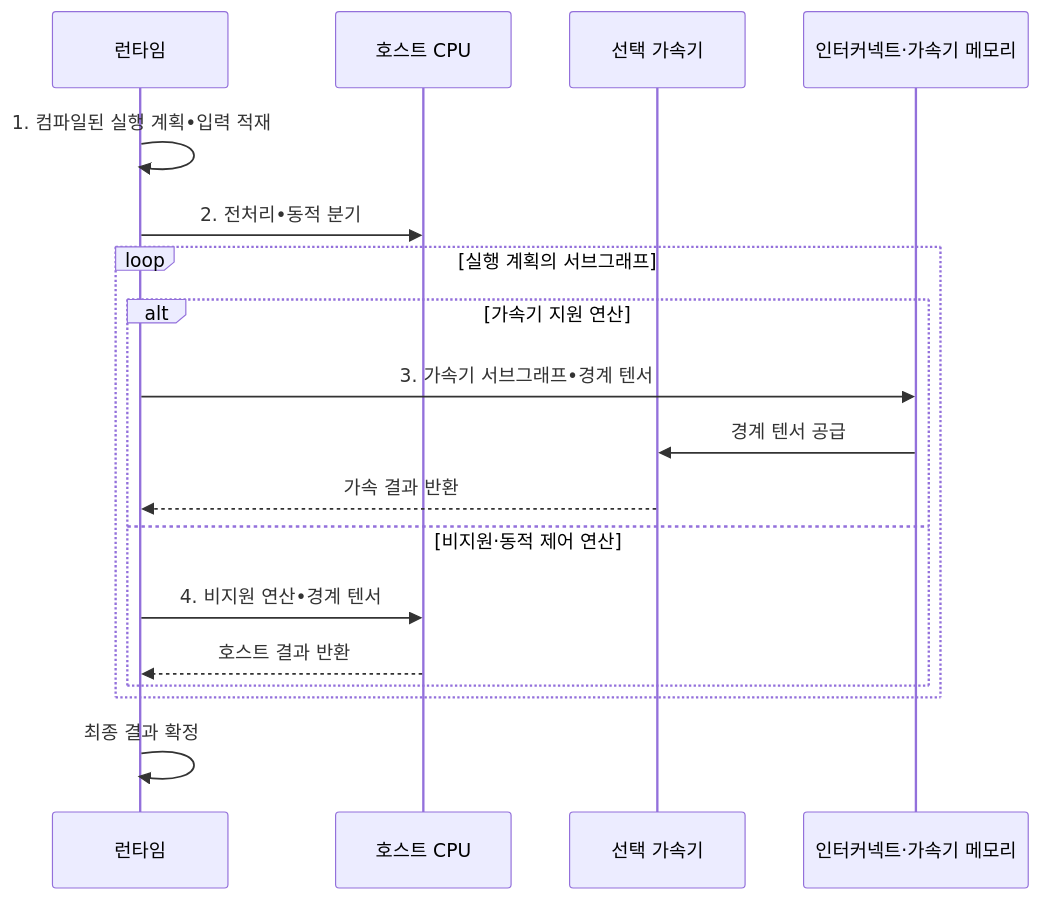
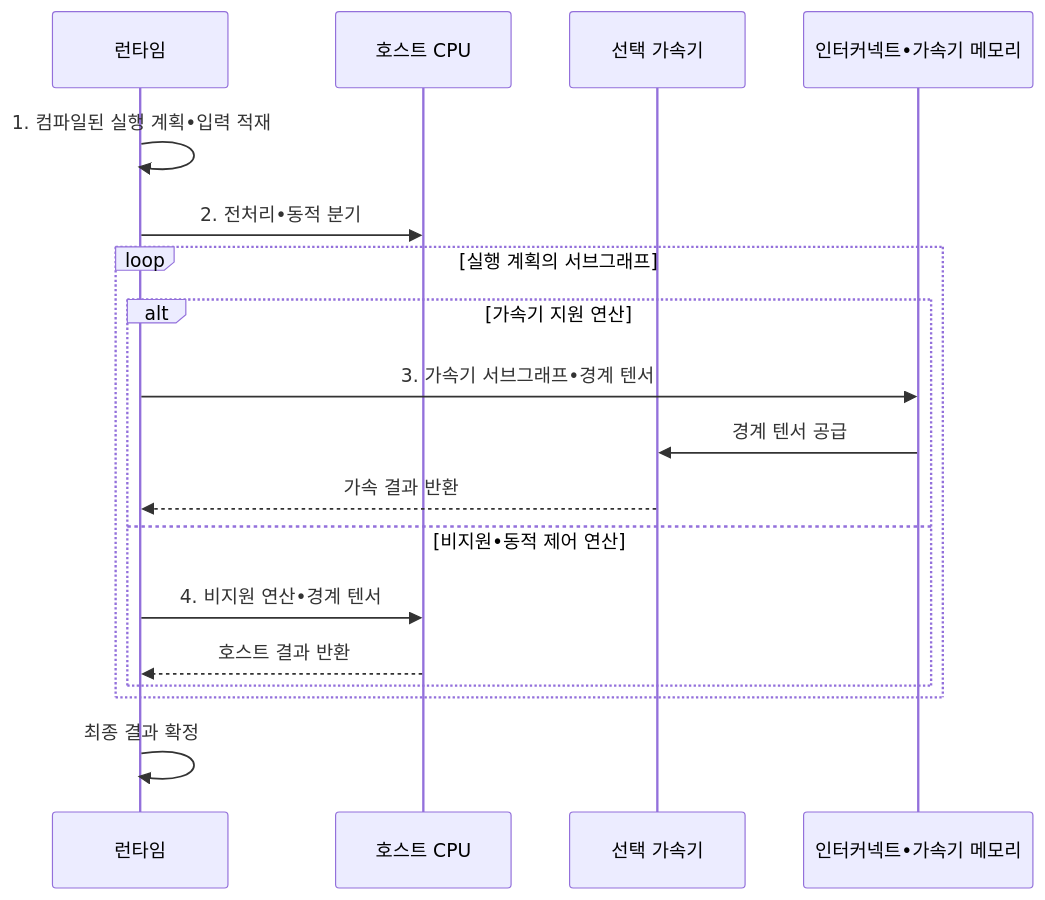
The second of 2 diagrams in src/content/docs/notes/02-hardware/046_ai_accelerator_comparison.md (agnusdei1207/knowledge-base), drawn with Mermaid before and after one commit. The commit also changed other lines of this file and 953 other files, not shown here.

````diff
--- a/src/content/docs/notes/02-hardware/046_ai_accelerator_comparison.md
+++ b/src/content/docs/notes/02-hardware/046_ai_accelerator_comparison.md
@@ -101,21 +101,21 @@
 ```mermaid
 sequenceDiagram
     participant R as 런타임
     participant H as 호스트 CPU
     participant X as 선택 가속기
-    participant M as 인터커넥트·가속기 메모리
+    participant M as 인터커넥트•가속기 메모리
 
     R->>R: 1. 컴파일된 실행 계획•입력 적재
     R->>H: 2. 전처리•동적 분기
     loop 실행 계획의 서브그래프
         alt 가속기 지원 연산
             R->>M: 3. 가속기 서브그래프•경계 텐서
             M->>X: 경계 텐서 공급
             X-->>R: 가속 결과 반환
-        else 비지원·동적 제어 연산
+        else 비지원•동적 제어 연산
             R->>H: 4. 비지원 연산•경계 텐서
             H-->>R: 호스트 결과 반환
         end
     end
     R->>R: 최종 결과 확정
 ```
````
